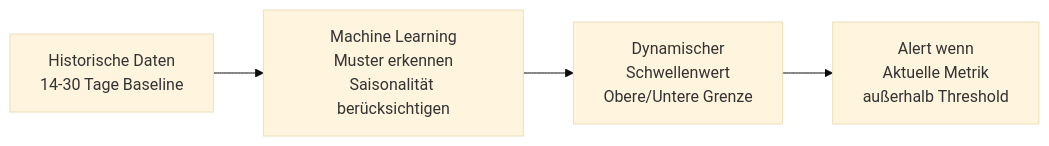
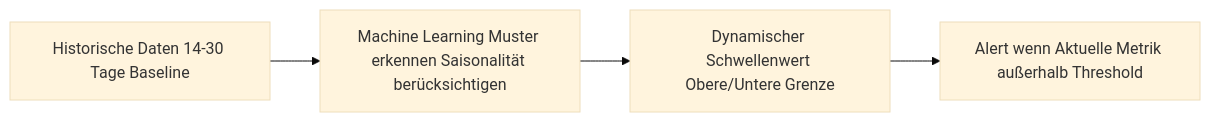
The second of 4 diagrams in Microsoft 365/Azure/Monitor und Management/Azure Alerts.md (SoniiiT/notes-n-docs), drawn with Mermaid (base theme) before and after one commit. The commit also changed other lines of this file and 124 other files, not shown here.

First line of the commit message:
fix: Entferne \n aus allen Mermaid-Diagrammen (125 Dateien)

````diff
--- a/Microsoft 365/Azure/Monitor und Management/Azure Alerts.md
+++ b/Microsoft 365/Azure/Monitor und Management/Azure Alerts.md
@@ -85,11 +85,11 @@
 ```mermaid
 graph LR
-    History["Historische Daten\n14-30 Tage Baseline"]
-    ML["Machine Learning\nMuster erkennen\nSaisonalität berücksichtigen"]
-    Threshold["Dynamischer\nSchwellenwert\nObere/Untere Grenze"]
-    Alert["Alert wenn\nAktuelle Metrik\naußerhalb Threshold"]
+    History["Historische Daten 14-30 Tage Baseline"]
+    ML["Machine Learning Muster erkennen Saisonalität berücksichtigen"]
+    Threshold["Dynamischer Schwellenwert Obere/Untere Grenze"]
+    Alert["Alert wenn Aktuelle Metrik außerhalb Threshold"]
 
     History --> ML
     ML --> Threshold
     Threshold --> Alert
 ```
````
